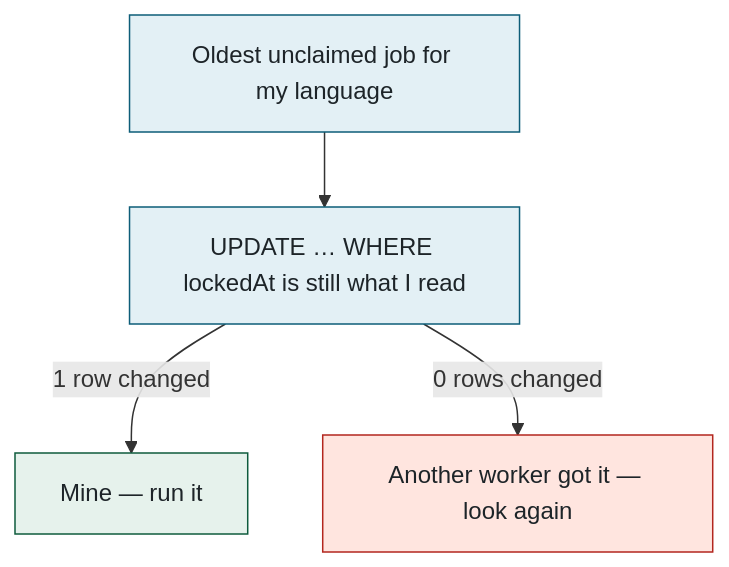
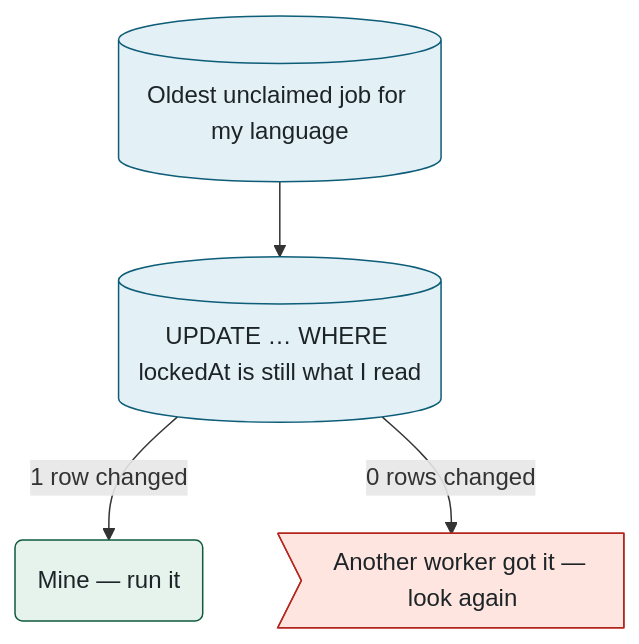
One commit to McMaster-Battery-Research-Group/battery-soc-benchmark changed the third of 11 diagrams in docs/walkthrough/ALL-IN-ONE.md. Above: the diagram before and after it, drawn with Mermaid. The commit also changed other lines of this file and 46 other files, not shown here.

````diff
--- a/docs/walkthrough/ALL-IN-ONE.md
+++ b/docs/walkthrough/ALL-IN-ONE.md
@@ -166,12 +223,12 @@
 ```mermaid
 flowchart TB
-    A["Oldest unclaimed job for my language"] --> B["UPDATE … WHERE lockedAt is still what I read"]
-    B -- "1 row changed" --> C["Mine — run it"]
-    B -- "0 rows changed" --> D["Another worker got it — look again"]
+    A[("Oldest unclaimed job for my language")] --> B[("UPDATE … WHERE lockedAt is still what I read")]
+    B -- "1 row changed" --> C("Mine — run it")
+    B -- "0 rows changed" --> D>"Another worker got it — look again"]
     classDef data fill:#E3F0F5,stroke:#0D5D78,color:#1d2428
     classDef good fill:#E6F2EC,stroke:#0E5B3D,color:#1d2428
     classDef danger fill:#FFE5DF,stroke:#B3261E,color:#1d2428
     class A,B data
     class C good
     class D danger
 ```
````
